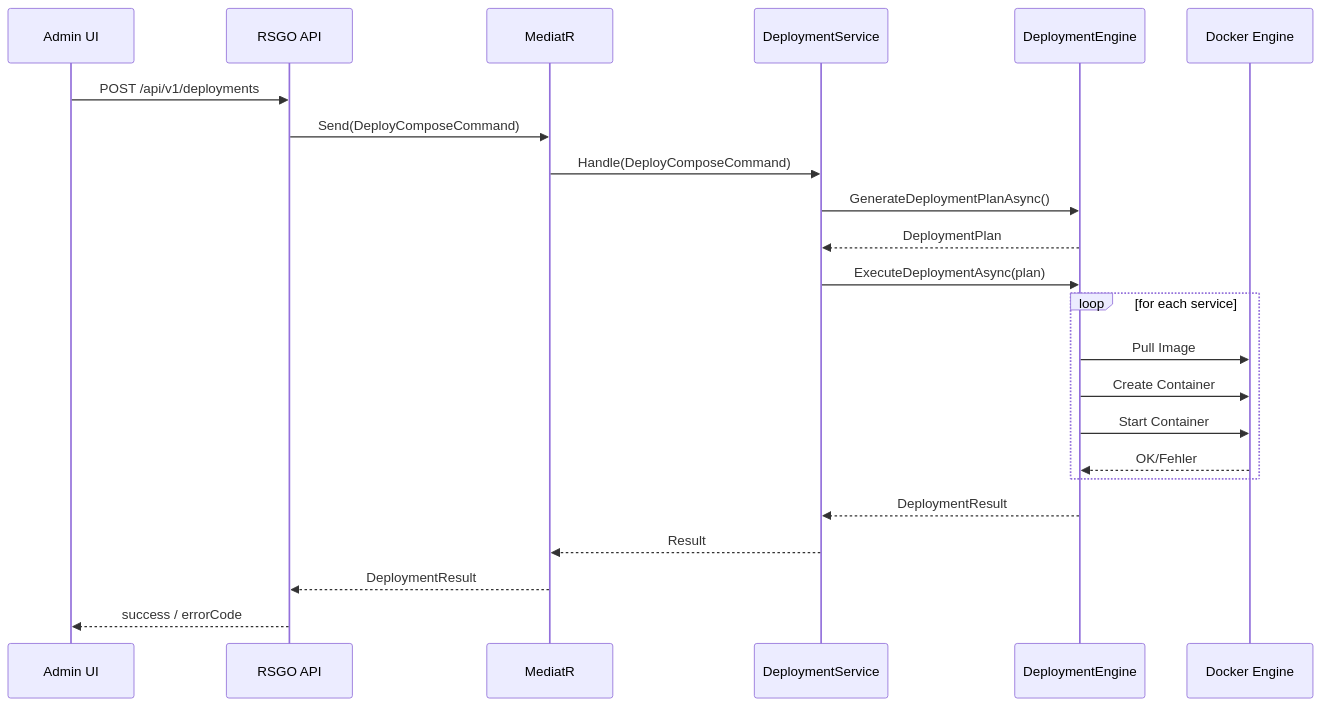
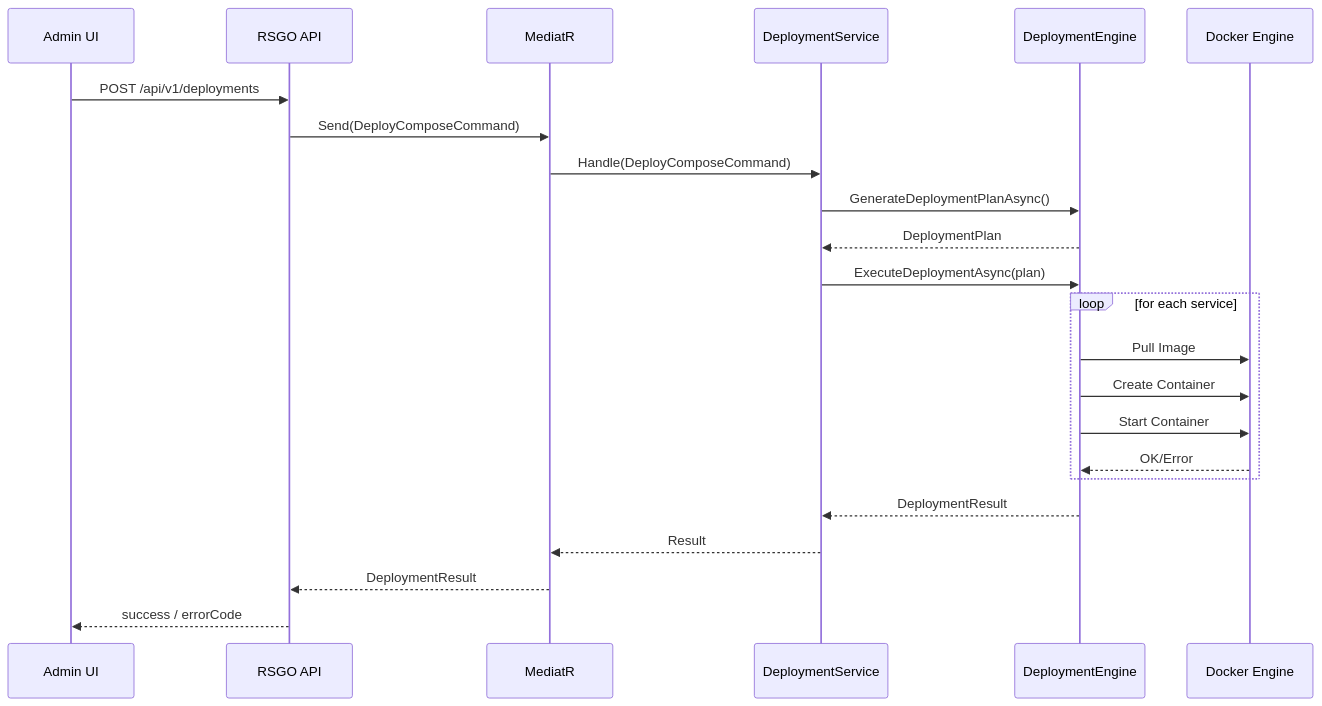
Before and after one commit to Wiesenwischer/ReadyStackGo: the third of 6 diagrams in docs/Architecture/Overview.md, drawn with Mermaid. The commit also changed other lines of this file and 37 other files, not shown here.

````diff
--- a/docs/Architecture/Overview.md
+++ b/docs/Architecture/Overview.md
@@ -173,26 +173,26 @@
 ```mermaid
 sequenceDiagram
     participant Admin as Admin UI
     participant API as RSGO API
     participant MED as MediatR
     participant SVC as DeploymentService
     participant ENG as DeploymentEngine
     participant DK as Docker Engine
 
     Admin->>API: POST /api/v1/deployments
     API->>MED: Send(DeployComposeCommand)
     MED->>SVC: Handle(DeployComposeCommand)
     SVC->>ENG: GenerateDeploymentPlanAsync()
     ENG-->>SVC: DeploymentPlan
     SVC->>ENG: ExecuteDeploymentAsync(plan)
     loop for each service
         ENG->>DK: Pull Image
         ENG->>DK: Create Container
         ENG->>DK: Start Container
-        DK-->>ENG: OK/Fehler
+        DK-->>ENG: OK/Error
     end
     ENG-->>SVC: DeploymentResult
     SVC-->>MED: Result
     MED-->>API: DeploymentResult
     API-->>Admin: success / errorCode
 ```
````
